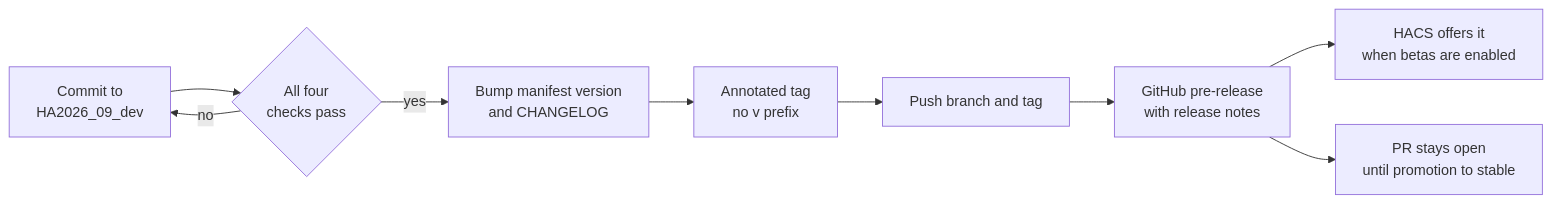
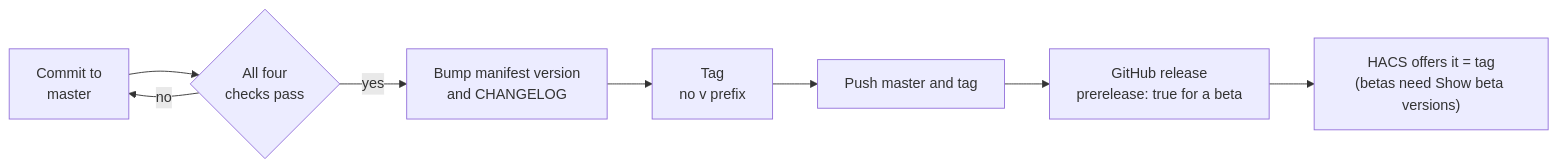
One commit to acdcnow/Crow-AAP-Alarm-System-for-Home-Assistant changed diagram 13 of 13 in docs/WORKFLOWS.md. Above: the diagram before and after it, drawn with Mermaid. The commit also changed other lines of this file and 6 other files, not shown here.

````diff
--- a/docs/WORKFLOWS.md
+++ b/docs/WORKFLOWS.md
@@ -350,11 +350,10 @@
 ```mermaid
 flowchart LR
-    Dev["Commit to<br/>HA2026_09_dev"] --> Ver{"All four<br/>checks pass"}
+    Dev["Commit to<br/>master"] --> Ver{"All four<br/>checks pass"}
     Ver -->|no| Dev
     Ver -->|yes| Bump["Bump manifest version<br/>and CHANGELOG"]
-    Bump --> Tag["Annotated tag<br/>no v prefix"]
-    Tag --> Push["Push branch and tag"]
-    Push --> Rel["GitHub pre-release<br/>with release notes"]
-    Rel --> HACS["HACS offers it<br/>when betas are enabled"]
-    Rel --> PR["PR stays open<br/>until promotion to stable"]
+    Bump --> Tag["Tag<br/>no v prefix"]
+    Tag --> Push["Push master and tag"]
+    Push --> Rel["GitHub release<br/>prerelease: true for a beta"]
+    Rel --> HACS["HACS offers it = tag<br/>(betas need Show beta versions)"]
 ```
````
